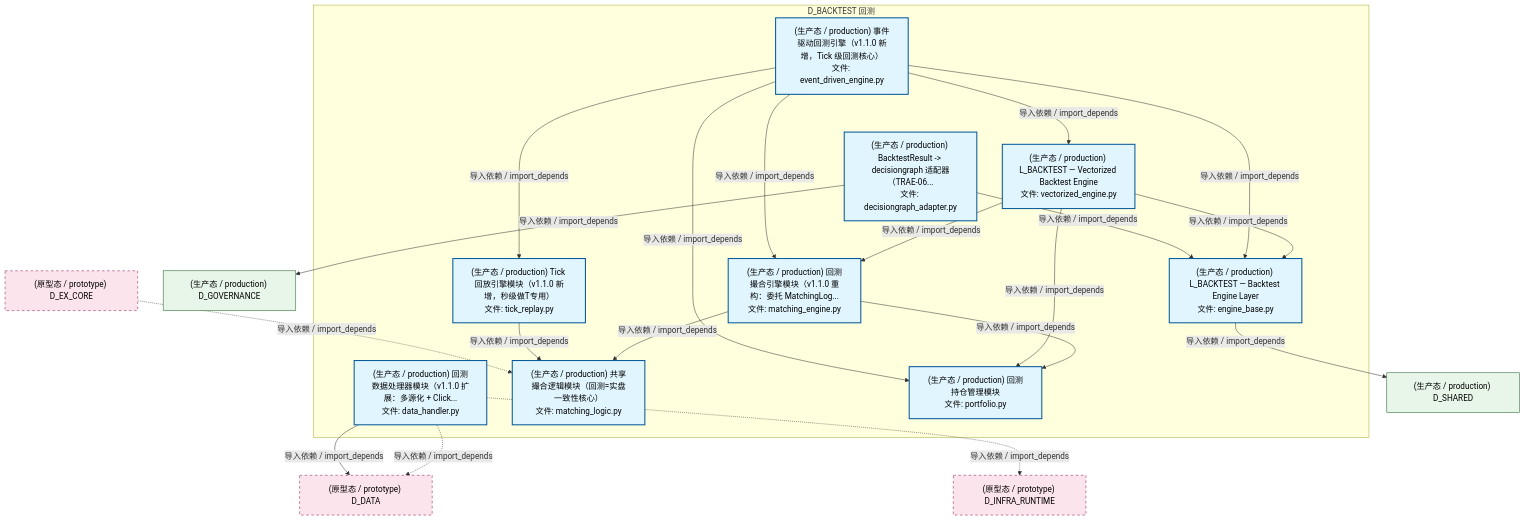
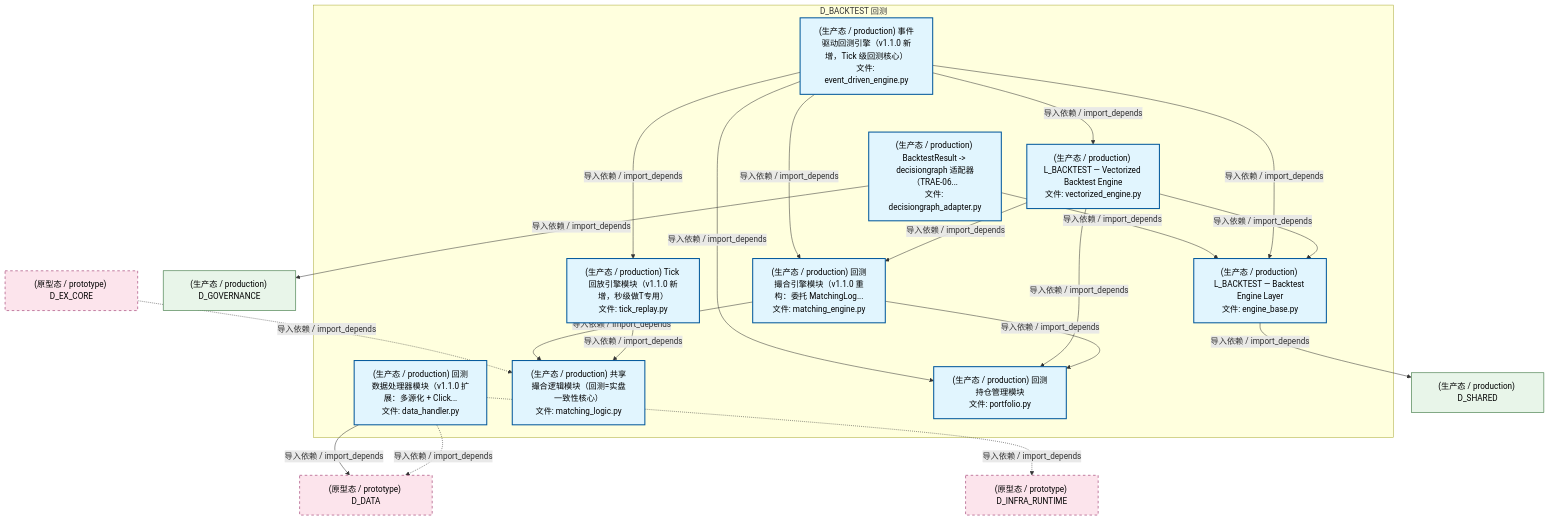
The second of 5 diagrams in docs/02_enterprise_architecture/02_domain_architecture_docs/30_d_backtest.md (xuanFelixVan/ZephyrAlpha), drawn with Mermaid before and after one commit. The commit also changed other lines of this file and 96 other files, not shown here.

````diff
--- a/docs/02_enterprise_architecture/02_domain_architecture_docs/30_d_backtest.md
+++ b/docs/02_enterprise_architecture/02_domain_architecture_docs/30_d_backtest.md
@@ -182,44 +182,44 @@
 ```mermaid
 graph TD
     subgraph D_BACKTEST["D_BACKTEST 回测"]
         src_zephyr_backtest_core_data_handler_py["(生产态 / production) 回测数据处理器模块（v1.1.0 扩展：多源化 + Click...<br/>文件: data_handler.py"]
         src_zephyr_backtest_core_engine_base_py["(生产态 / production) L_BACKTEST — Backtest Engine Layer<br/>文件: engine_base.py"]
         src_zephyr_backtest_core_matching_engine_py["(生产态 / production) 回测撮合引擎模块（v1.1.0 重构：委托 MatchingLog...<br/>文件: matching_engine.py"]
         src_zephyr_backtest_core_matching_logic_py["(生产态 / production) 共享撮合逻辑模块（回测=实盘一致性核心）<br/>文件: matching_logic.py"]
         src_zephyr_backtest_core_portfolio_py["(生产态 / production) 回测持仓管理模块<br/>文件: portfolio.py"]
         src_zephyr_backtest_core_tick_replay_py["(生产态 / production) Tick 回放引擎模块（v1.1.0 新增，秒级做T专用）<br/>文件: tick_replay.py"]
         src_zephyr_backtest_implementations_event_driven_engine_py["(生产态 / production) 事件驱动回测引擎（v1.1.0 新增，Tick 级回测核心）<br/>文件: event_driven_engine.py"]
         src_zephyr_backtest_implementations_vectorized_engine_py["(生产态 / production) L_BACKTEST — Vectorized Backtest Engine<br/>文件: vectorized_engine.py"]
         src_zephyr_backtest_io_decisiongraph_adapter_py["(生产态 / production) BacktestResult -> decisiongraph 适配器（TRAE-06...<br/>文件: decisiongraph_adapter.py"]
     end
+    src_zephyr_backtest_core_tick_replay_py -->|导入依赖 / import_depends| src_zephyr_backtest_core_matching_logic_py
     src_zephyr_backtest_core_matching_engine_py -->|导入依赖 / import_depends| src_zephyr_backtest_core_matching_logic_py
     src_zephyr_backtest_core_matching_engine_py -->|导入依赖 / import_depends| src_zephyr_backtest_core_portfolio_py
-    src_zephyr_backtest_core_tick_replay_py -->|导入依赖 / import_depends| src_zephyr_backtest_core_matching_logic_py
     src_zephyr_backtest_implementations_vectorized_engine_py -->|导入依赖 / import_depends| src_zephyr_backtest_core_engine_base_py
+    src_zephyr_backtest_implementations_vectorized_engine_py -->|导入依赖 / import_depends| src_zephyr_backtest_core_portfolio_py
     src_zephyr_backtest_implementations_vectorized_engine_py -->|导入依赖 / import_depends| src_zephyr_backtest_core_matching_engine_py
-    src_zephyr_backtest_implementations_vectorized_engine_py -->|导入依赖 / import_depends| src_zephyr_backtest_core_portfolio_py
     src_zephyr_backtest_implementations_event_driven_engine_py -->|导入依赖 / import_depends| src_zephyr_backtest_core_engine_base_py
+    src_zephyr_backtest_implementations_event_driven_engine_py -->|导入依赖 / import_depends| src_zephyr_backtest_core_portfolio_py
+    src_zephyr_backtest_implementations_event_driven_engine_py -->|导入依赖 / import_depends| src_zephyr_backtest_core_tick_replay_py
     src_zephyr_backtest_implementations_event_driven_engine_py -->|导入依赖 / import_depends| src_zephyr_backtest_core_matching_engine_py
-    src_zephyr_backtest_implementations_event_driven_engine_py -->|导入依赖 / import_depends| src_zephyr_backtest_core_tick_replay_py
-    src_zephyr_backtest_implementations_event_driven_engine_py -->|导入依赖 / import_depends| src_zephyr_backtest_core_portfolio_py
     src_zephyr_backtest_implementations_event_driven_engine_py -->|导入依赖 / import_depends| src_zephyr_backtest_implementations_vectorized_engine_py
     src_zephyr_backtest_io_decisiongraph_adapter_py -->|导入依赖 / import_depends| src_zephyr_backtest_core_engine_base_py
-    D_SHARED["(生产态 / production) D_SHARED"]
-    src_zephyr_backtest_core_engine_base_py -->|导入依赖 / import_depends| D_SHARED
     D_DATA["(原型态 / prototype) D_DATA"]
     src_zephyr_backtest_core_data_handler_py -.->|导入依赖 / import_depends| D_DATA
     src_zephyr_backtest_core_data_handler_py -->|导入依赖 / import_depends| D_DATA
     D_INFRA_RUNTIME["(原型态 / prototype) D_INFRA_RUNTIME"]
     src_zephyr_backtest_core_data_handler_py -.->|导入依赖 / import_depends| D_INFRA_RUNTIME
+    D_SHARED["(生产态 / production) D_SHARED"]
+    src_zephyr_backtest_core_engine_base_py -->|导入依赖 / import_depends| D_SHARED
     D_GOVERNANCE["(生产态 / production) D_GOVERNANCE"]
     src_zephyr_backtest_io_decisiongraph_adapter_py -->|导入依赖 / import_depends| D_GOVERNANCE
     D_EX_CORE["(原型态 / prototype) D_EX_CORE"]
     D_EX_CORE -.->|导入依赖 / import_depends| src_zephyr_backtest_core_matching_logic_py
     classDef production fill:#e1f5fe,stroke:#01579b,stroke-width:2px,color:#000
     classDef design fill:#fff3e0,stroke:#e65100,stroke-width:2px,color:#000,stroke-dasharray: 5 5
     classDef external_prod fill:#e8f5e9,stroke:#1b5e20,stroke-width:1px,color:#000
     classDef external_design fill:#fce4ec,stroke:#880e4f,stroke-width:1px,color:#000,stroke-dasharray: 5 5
     class src_zephyr_backtest_core_data_handler_py,src_zephyr_backtest_core_engine_base_py,src_zephyr_backtest_core_matching_engine_py,src_zephyr_backtest_core_matching_logic_py,src_zephyr_backtest_core_portfolio_py,src_zephyr_backtest_core_tick_replay_py,src_zephyr_backtest_implementations_event_driven_engine_py,src_zephyr_backtest_implementations_vectorized_engine_py,src_zephyr_backtest_io_decisiongraph_adapter_py production
     class D_SHARED,D_GOVERNANCE external_prod
     class D_DATA,D_INFRA_RUNTIME,D_EX_CORE external_design
 ```
````
